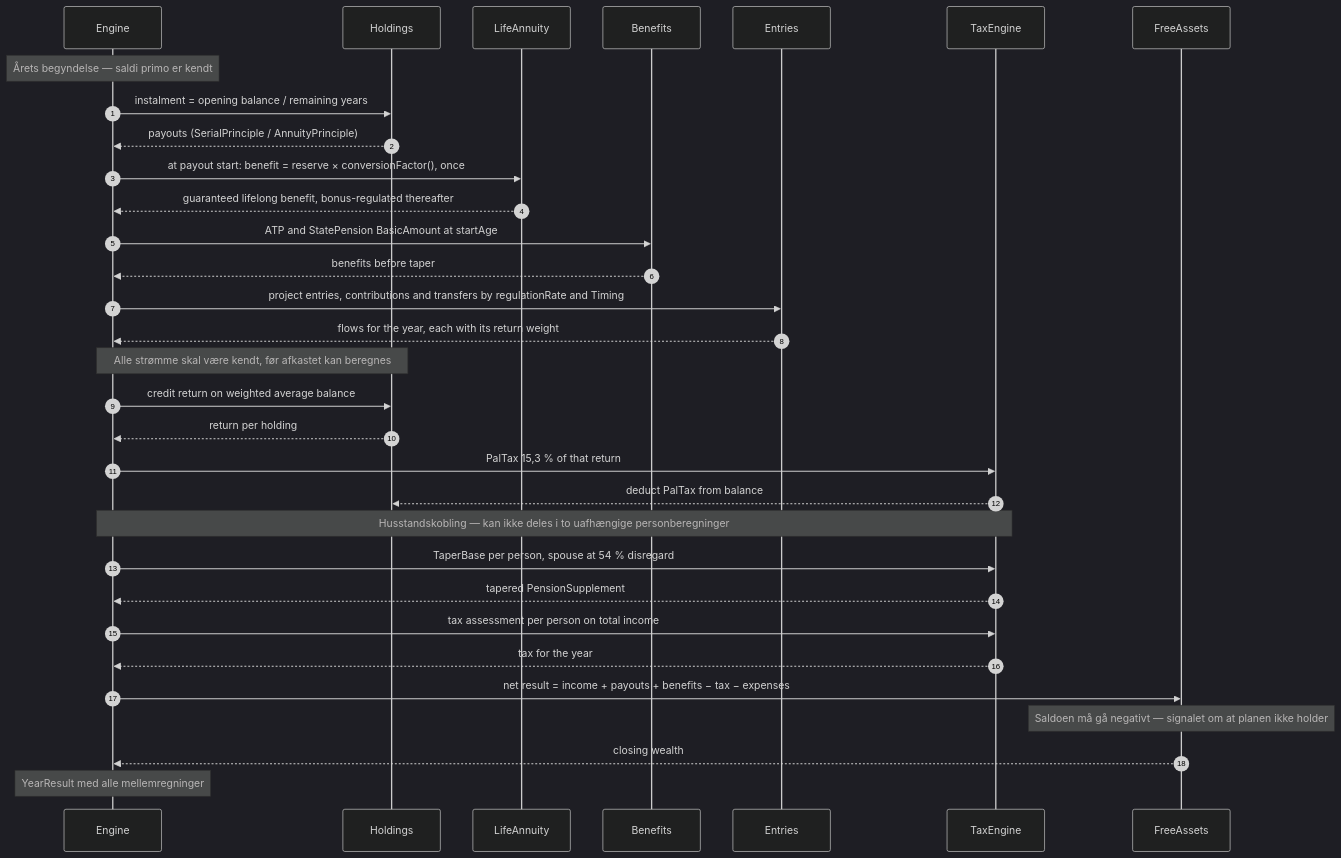
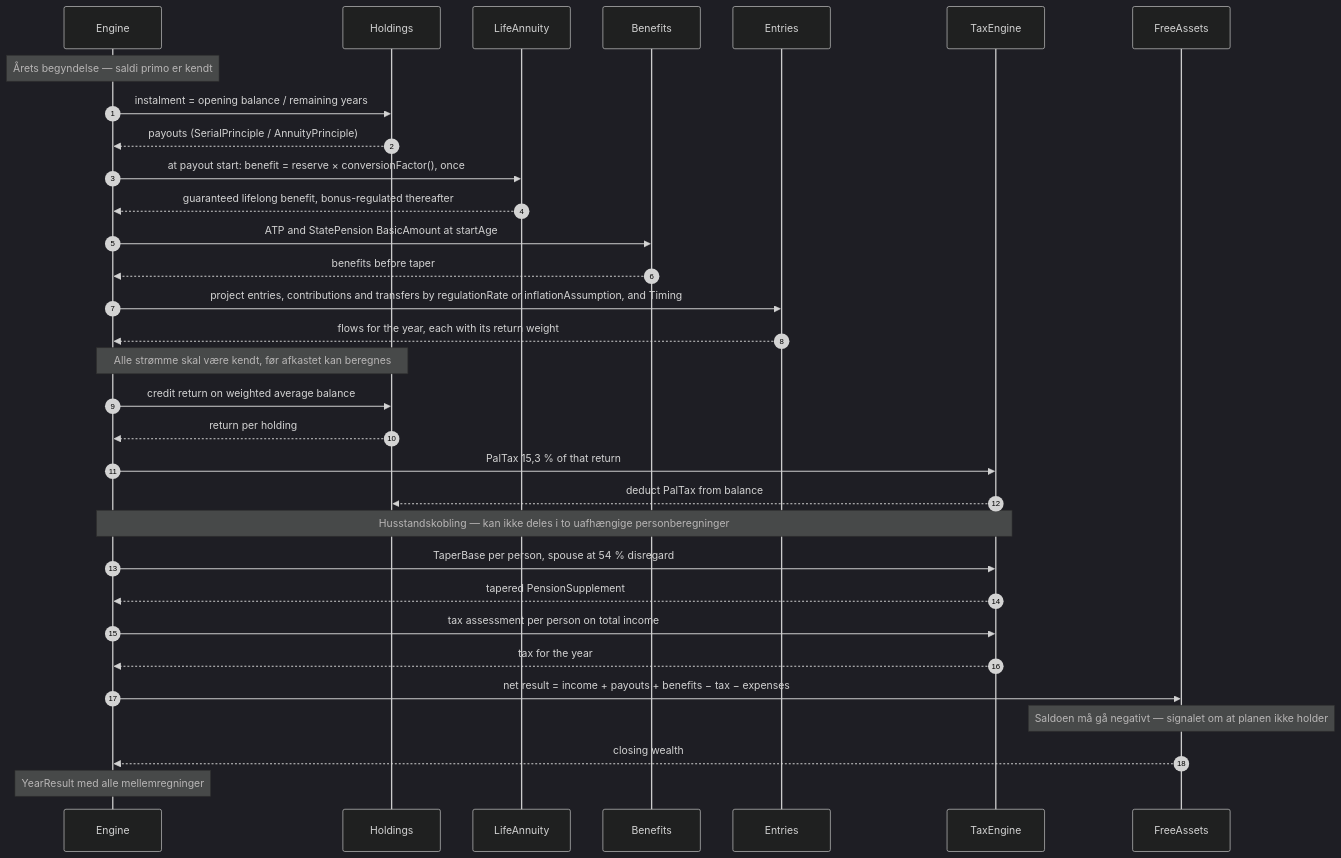
The diagram in docs/diagrams/02-simuleringsaaret.md (jbhdk/PensionPlanner), drawn with Mermaid (dark theme) before and after one commit. The commit also changed 13 other files, not shown here.

````diff
--- a/docs/diagrams/02-simuleringsaaret.md
+++ b/docs/diagrams/02-simuleringsaaret.md
@@ -7,41 +7,41 @@
 ```mermaid
 sequenceDiagram
     autonumber
     participant E as Engine
     participant H as Holdings
     participant L as LifeAnnuity
     participant B as Benefits
     participant N as Entries
     participant T as TaxEngine
     participant F as FreeAssets
 
     Note over E: Årets begyndelse — saldi primo er kendt
 
     E->>H: instalment = opening balance / remaining years
     H-->>E: payouts (SerialPrinciple / AnnuityPrinciple)
     E->>L: at payout start: benefit = reserve × conversionFactor(), once
     L-->>E: guaranteed lifelong benefit, bonus-regulated thereafter
     E->>B: ATP and StatePension BasicAmount at startAge
     B-->>E: benefits before taper
-    E->>N: project entries, contributions and transfers by regulationRate and Timing
+    E->>N: project entries, contributions and transfers by regulationRate or inflationAssumption, and Timing
     N-->>E: flows for the year, each with its return weight
 
     Note over E,H: Alle strømme skal være kendt, før afkastet kan beregnes
     E->>H: credit return on weighted average balance
     H-->>E: return per holding
     E->>T: PalTax 15,3 % of that return
     T-->>H: deduct PalTax from balance
 
     Note over E,T: Husstandskobling — kan ikke deles i to uafhængige personberegninger
     E->>T: TaperBase per person, spouse at 54 % disregard
     T-->>E: tapered PensionSupplement
 
     E->>T: tax assessment per person on total income
     T-->>E: tax for the year
 
     E->>F: net result = income + payouts + benefits − tax − expenses
     Note over F: Saldoen må gå negativt — signalet om at planen ikke holder
     F-->>E: closing wealth
 
     Note over E: YearResult med alle mellemregninger
 ```
````
